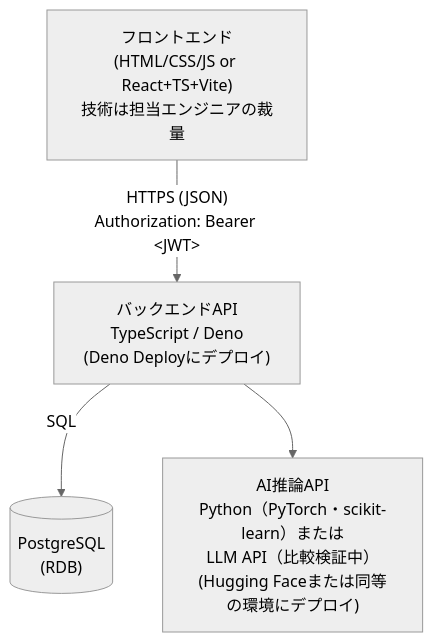
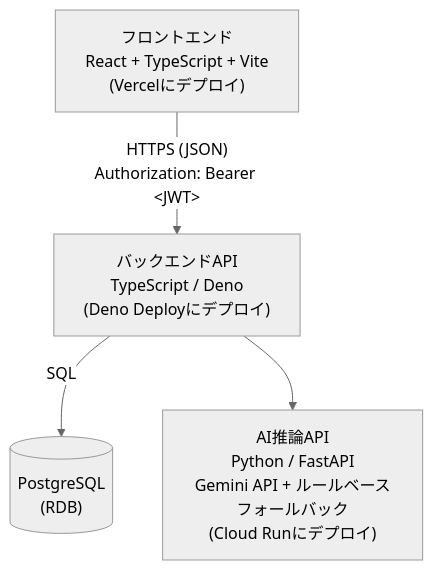
The second of 3 diagrams in docs/design_doc.md (engiiro/engiiro-app), drawn with Mermaid (neutral theme) before and after one commit. The commit also changed other lines of this file and 2 other files, not shown here.

````diff
--- a/docs/design_doc.md
+++ b/docs/design_doc.md
@@ -207,11 +207,11 @@
 ```mermaid
 flowchart TD
-    FE["フロントエンド<br/>(HTML/CSS/JS or React+TS+Vite)<br/>技術は担当エンジニアの裁量"]
+    FE["フロントエンド<br/>React + TypeScript + Vite<br/>(Vercelにデプロイ)"]
     BE["バックエンドAPI<br/>TypeScript / Deno<br/>(Deno Deployにデプロイ)"]
     DB[("PostgreSQL<br/>(RDB)")]
-    AI["AI推論API<br/>Python（PyTorch・scikit-learn）または<br/>LLM API（比較検証中）<br/>(Hugging Faceまたは同等の環境にデプロイ)"]
+    AI["AI推論API<br/>Python / FastAPI<br/>Gemini API + ルールベースフォールバック<br/>(Cloud Runにデプロイ)"]
 
     FE -->|"HTTPS (JSON)<br/>Authorization: Bearer &lt;JWT&gt;"| BE
     BE -->|"SQL"| DB
     BE --> AI
 ```
````
